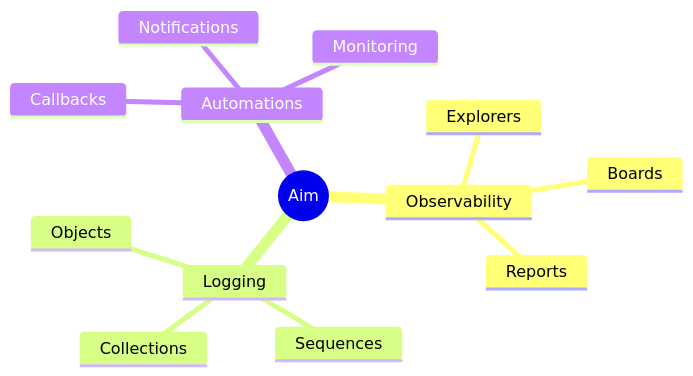
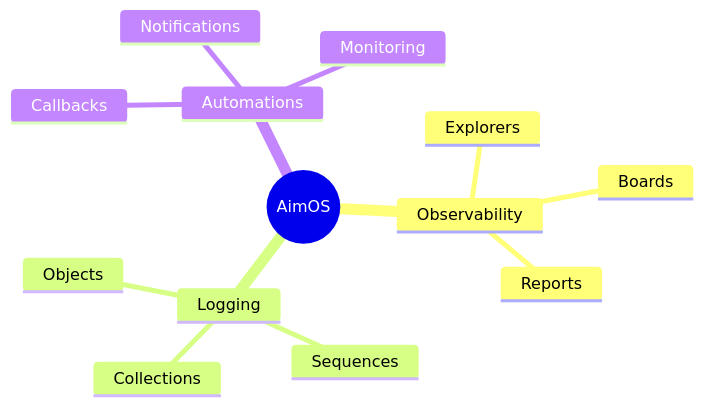
One commit to aimhubio/aimos changed the diagram in docs/source/guides/deep_dive/concepts.rst. Above: the diagram before and after it, drawn with Mermaid. The commit also changed other lines of this file and 38 other files, not shown here.

```diff
--- a/docs/source/guides/deep_dive/concepts.rst
+++ b/docs/source/guides/deep_dive/concepts.rst
@@ -21,16 +21,16 @@
 .. mermaid::
 
   mindmap
-    root((Aim))
+    root((AimOS))
       Observability
         Explorers
         Boards
         Reports
       Logging
         Objects
         Sequences
         Collections
       Automations
         Callbacks
         Notifications
         Monitoring
```
